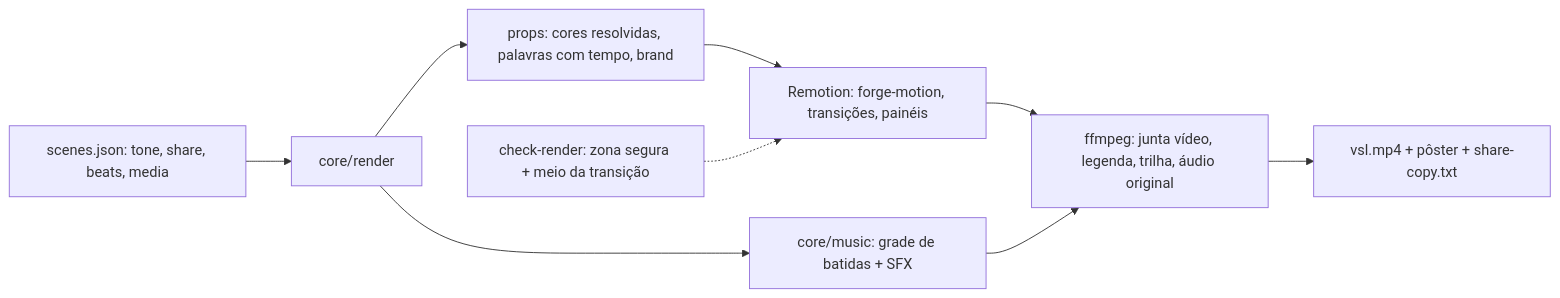
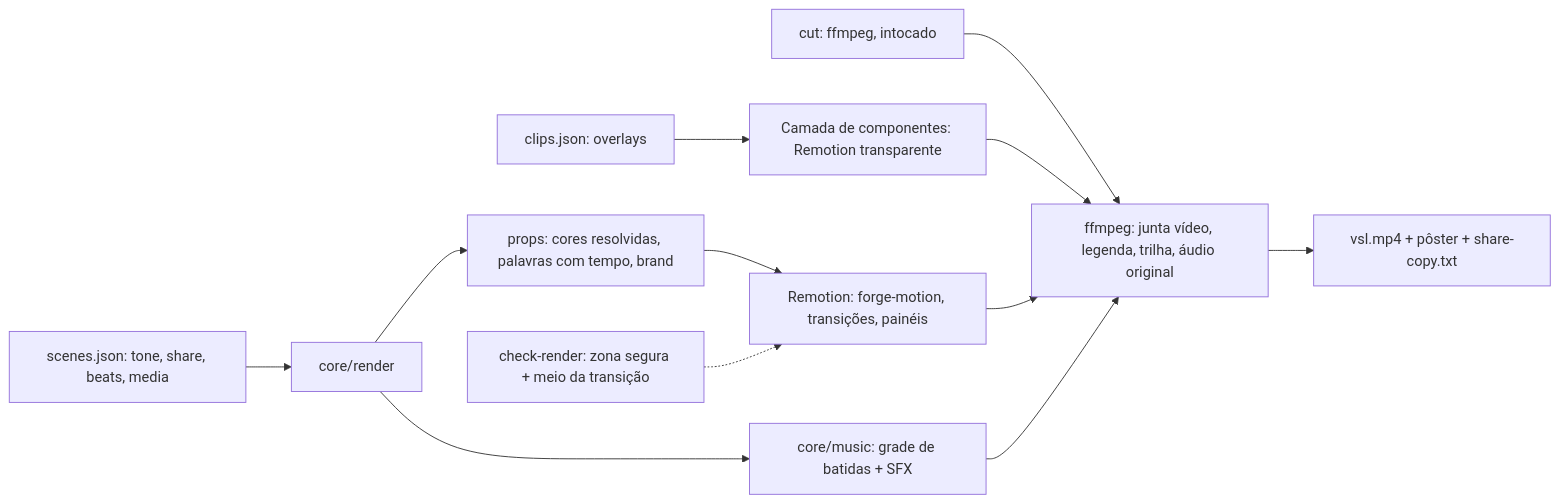
One commit to nathanramorim/reel-studio changed the second of 3 diagrams in sdd/discovery/05-vsl-premium/criteria.md. Above: the diagram before and after it, drawn with Mermaid. The commit also changed other lines of this file and 3 other files, not shown here.

````diff
--- a/sdd/discovery/05-vsl-premium/criteria.md
+++ b/sdd/discovery/05-vsl-premium/criteria.md
@@ -53,11 +58,14 @@
 ```mermaid
 graph LR
+  K[clips.json: overlays] --> L[Camada de componentes: Remotion transparente]
+  C0[cut: ffmpeg, intocado] --> F
+  L --> F
   S[scenes.json: tone, share, beats, media] --> R[core/render]
   R --> P[props: cores resolvidas, palavras com tempo, brand]
   P --> M[Remotion: forge-motion, transições, painéis]
   R --> A[core/music: grade de batidas + SFX]
   M --> F[ffmpeg: junta vídeo, legenda, trilha, áudio original]
   A --> F
   F --> O[vsl.mp4 + pôster + share-copy.txt]
   Q[check-render: zona segura + meio da transição] -.-> M
 ```
````
